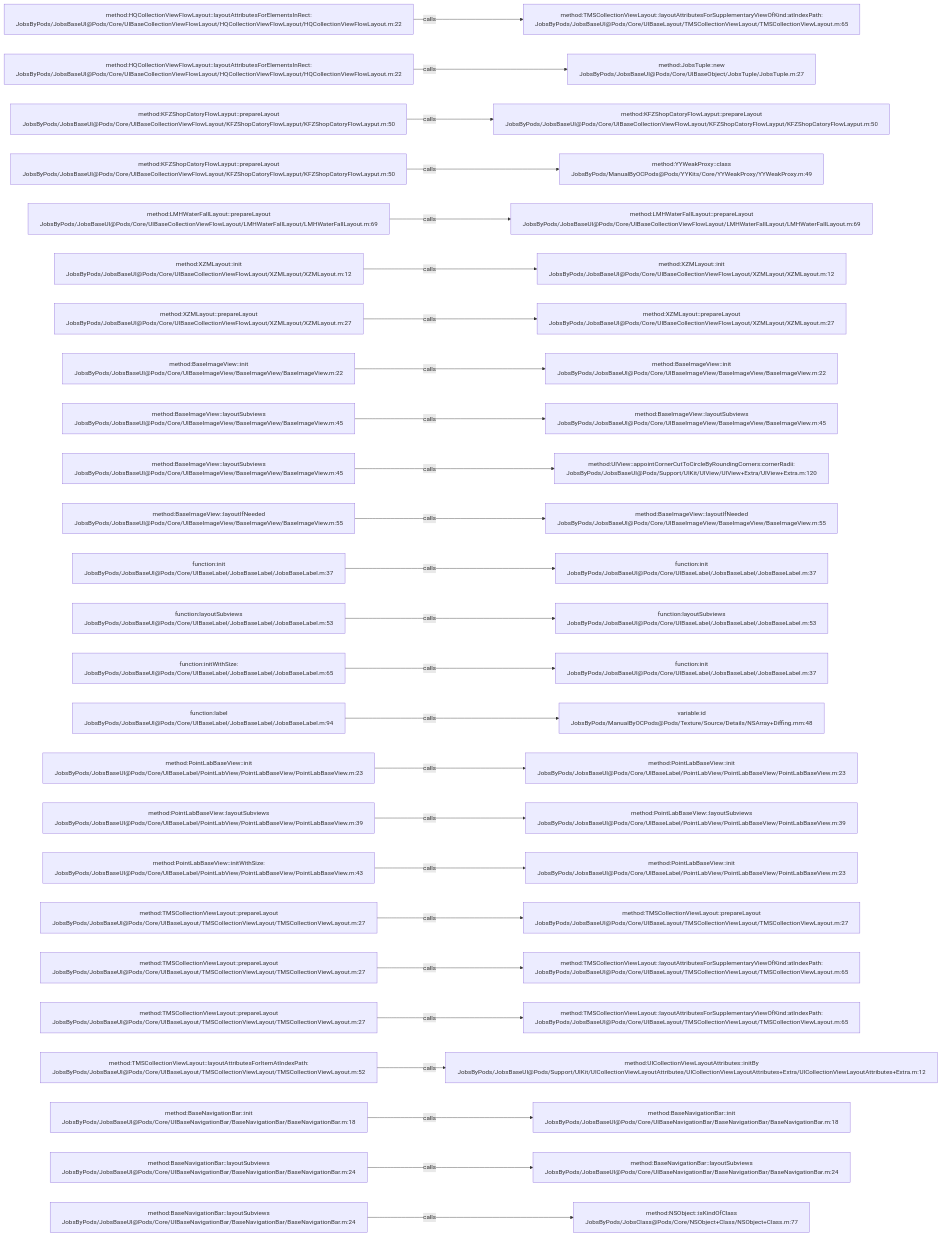
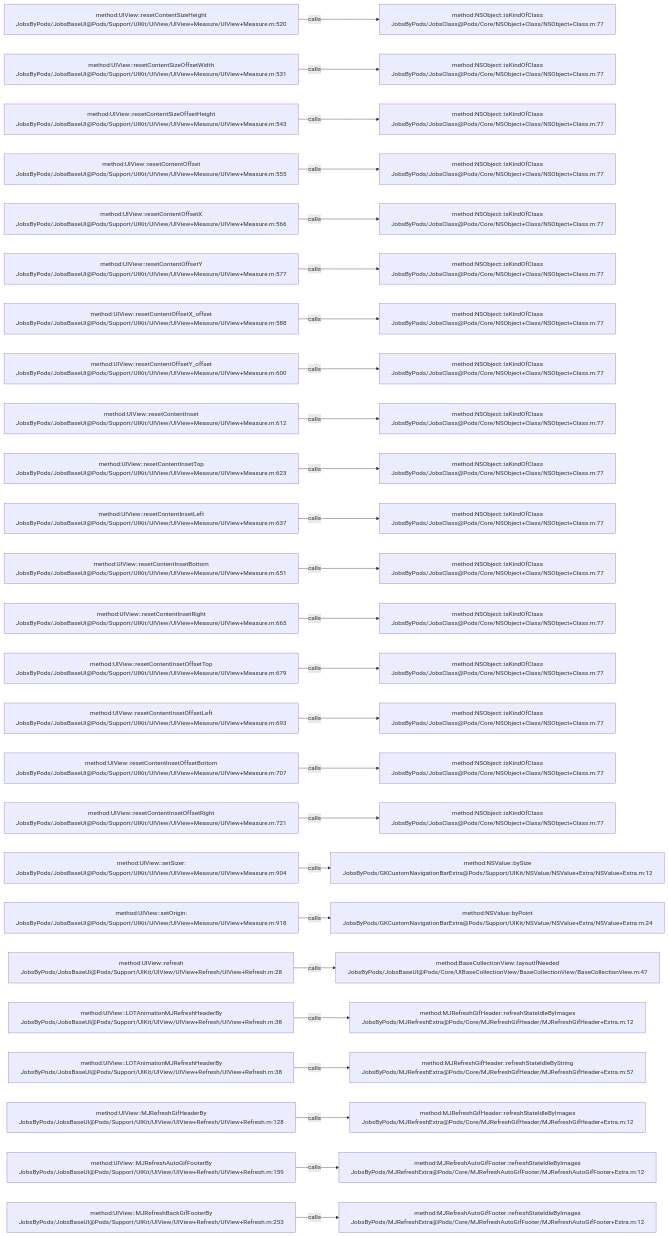
One commit to JobsKits/JobsOCBaseConfigDemo changed the diagram in .codegraph/codegraph.md/graphs/calls-028.md. Above: the diagram before and after it, drawn with Mermaid. The commit also changed 573 other files, not shown here.

````diff
--- a/.codegraph/codegraph.md/graphs/calls-028.md
+++ b/.codegraph/codegraph.md/graphs/calls-028.md
@@ -13,78 +13,78 @@
 ```mermaid
 flowchart LR
-  S1["method:HQCollectionViewFlowLayout::layoutAttributesForElementsInRect:<br/>JobsByPods/JobsBaseUI@Pods/Core/UIBaseCollectionViewFlowLayout/HQCollectionViewFlowLayout/HQCollectionViewFlowLayout.m:22"]
-  T1["method:TMSCollectionViewLayout::layoutAttributesForSupplementaryViewOfKind:atIndexPath:<br/>JobsByPods/JobsBaseUI@Pods/Core/UIBaseLayout/TMSCollectionViewLayout/TMSCollectionViewLayout.m:65"]
+  S1["method:UIView::resetContentSizeHeight<br/>JobsByPods/JobsBaseUI@Pods/Support/UIKit/UIView/UIView+Measure/UIView+Measure.m:520"]
+  T1["method:NSObject::isKindOfClass<br/>JobsByPods/JobsClass@Pods/Core/NSObject+Class/NSObject+Class.m:77"]
   S1 -->|calls| T1
-  S2["method:HQCollectionViewFlowLayout::layoutAttributesForElementsInRect:<br/>JobsByPods/JobsBaseUI@Pods/Core/UIBaseCollectionViewFlowLayout/HQCollectionViewFlowLayout/HQCollectionViewFlowLayout.m:22"]
-  T2["method:JobsTuple::new<br/>JobsByPods/JobsBaseUI@Pods/Core/UIBaseObject/JobsTuple/JobsTuple.m:27"]
+  S2["method:UIView::resetContentSizeOffsetWidth<br/>JobsByPods/JobsBaseUI@Pods/Support/UIKit/UIView/UIView+Measure/UIView+Measure.m:531"]
+  T2["method:NSObject::isKindOfClass<br/>JobsByPods/JobsClass@Pods/Core/NSObject+Class/NSObject+Class.m:77"]
   S2 -->|calls| T2
-  S3["method:KFZShopCatoryFlowLayput::prepareLayout<br/>JobsByPods/JobsBaseUI@Pods/Core/UIBaseCollectionViewFlowLayout/KFZShopCatoryFlowLayput/KFZShopCatoryFlowLayput.m:50"]
-  T3["method:KFZShopCatoryFlowLayput::prepareLayout<br/>JobsByPods/JobsBaseUI@Pods/Core/UIBaseCollectionViewFlowLayout/KFZShopCatoryFlowLayput/KFZShopCatoryFlowLayput.m:50"]
+  S3["method:UIView::resetContentSizeOffsetHeight<br/>JobsByPods/JobsBaseUI@Pods/Support/UIKit/UIView/UIView+Measure/UIView+Measure.m:543"]
+  T3["method:NSObject::isKindOfClass<br/>JobsByPods/JobsClass@Pods/Core/NSObject+Class/NSObject+Class.m:77"]
   S3 -->|calls| T3
-  S4["method:KFZShopCatoryFlowLayput::prepareLayout<br/>JobsByPods/JobsBaseUI@Pods/Core/UIBaseCollectionViewFlowLayout/KFZShopCatoryFlowLayput/KFZShopCatoryFlowLayput.m:50"]
-  T4["method:YYWeakProxy::class<br/>JobsByPods/ManualByOCPods@Pods/YYKits/Core/YYWeakProxy/YYWeakProxy.m:49"]
+  S4["method:UIView::resetContentOffset<br/>JobsByPods/JobsBaseUI@Pods/Support/UIKit/UIView/UIView+Measure/UIView+Measure.m:555"]
+  T4["method:NSObject::isKindOfClass<br/>JobsByPods/JobsClass@Pods/Core/NSObject+Class/NSObject+Class.m:77"]
   S4 -->|calls| T4
-  S5["method:LMHWaterFallLayout::prepareLayout<br/>JobsByPods/JobsBaseUI@Pods/Core/UIBaseCollectionViewFlowLayout/LMHWaterFallLayout/LMHWaterFallLayout.m:69"]
-  T5["method:LMHWaterFallLayout::prepareLayout<br/>JobsByPods/JobsBaseUI@Pods/Core/UIBaseCollectionViewFlowLayout/LMHWaterFallLayout/LMHWaterFallLayout.m:69"]
+  S5["method:UIView::resetContentOffsetX<br/>JobsByPods/JobsBaseUI@Pods/Support/UIKit/UIView/UIView+Measure/UIView+Measure.m:566"]
+  T5["method:NSObject::isKindOfClass<br/>JobsByPods/JobsClass@Pods/Core/NSObject+Class/NSObject+Class.m:77"]
   S5 -->|calls| T5
-  S6["method:XZMLayout::init<br/>JobsByPods/JobsBaseUI@Pods/Core/UIBaseCollectionViewFlowLayout/XZMLayout/XZMLayout.m:12"]
-  T6["method:XZMLayout::init<br/>JobsByPods/JobsBaseUI@Pods/Core/UIBaseCollectionViewFlowLayout/XZMLayout/XZMLayout.m:12"]
+  S6["method:UIView::resetContentOffsetY<br/>JobsByPods/JobsBaseUI@Pods/Support/UIKit/UIView/UIView+Measure/UIView+Measure.m:577"]
+  T6["method:NSObject::isKindOfClass<br/>JobsByPods/JobsClass@Pods/Core/NSObject+Class/NSObject+Class.m:77"]
   S6 -->|calls| T6
-  S7["method:XZMLayout::prepareLayout<br/>JobsByPods/JobsBaseUI@Pods/Core/UIBaseCollectionViewFlowLayout/XZMLayout/XZMLayout.m:27"]
-  T7["method:XZMLayout::prepareLayout<br/>JobsByPods/JobsBaseUI@Pods/Core/UIBaseCollectionViewFlowLayout/XZMLayout/XZMLayout.m:27"]
+  S7["method:UIView::resetContentOffsetX_offset<br/>JobsByPods/JobsBaseUI@Pods/Support/UIKit/UIView/UIView+Measure/UIView+Measure.m:588"]
+  T7["method:NSObject::isKindOfClass<br/>JobsByPods/JobsClass@Pods/Core/NSObject+Class/NSObject+Class.m:77"]
   S7 -->|calls| T7
-  S8["method:BaseImageView::init<br/>JobsByPods/JobsBaseUI@Pods/Core/UIBaseImageView/BaseImageView/BaseImageView.m:22"]
-  T8["method:BaseImageView::init<br/>JobsByPods/JobsBaseUI@Pods/Core/UIBaseImageView/BaseImageView/BaseImageView.m:22"]
+  S8["method:UIView::resetContentOffsetY_offset<br/>JobsByPods/JobsBaseUI@Pods/Support/UIKit/UIView/UIView+Measure/UIView+Measure.m:600"]
+  T8["method:NSObject::isKindOfClass<br/>JobsByPods/JobsClass@Pods/Core/NSObject+Class/NSObject+Class.m:77"]
   S8 -->|calls| T8
-  S9["method:BaseImageView::layoutSubviews<br/>JobsByPods/JobsBaseUI@Pods/Core/UIBaseImageView/BaseImageView/BaseImageView.m:45"]
-  T9["method:BaseImageView::layoutSubviews<br/>JobsByPods/JobsBaseUI@Pods/Core/UIBaseImageView/BaseImageView/BaseImageView.m:45"]
+  S9["method:UIView::resetContentInset<br/>JobsByPods/JobsBaseUI@Pods/Support/UIKit/UIView/UIView+Measure/UIView+Measure.m:612"]
+  T9["method:NSObject::isKindOfClass<br/>JobsByPods/JobsClass@Pods/Core/NSObject+Class/NSObject+Class.m:77"]
   S9 -->|calls| T9
-  S10["method:BaseImageView::layoutSubviews<br/>JobsByPods/JobsBaseUI@Pods/Core/UIBaseImageView/BaseImageView/BaseImageView.m:45"]
-  T10["method:UIView::appointCornerCutToCircleByRoundingCorners:cornerRadii:<br/>JobsByPods/JobsBaseUI@Pods/Support/UIKit/UIView/UIView+Extra/UIView+Extra.m:120"]
+  S10["method:UIView::resetContentInsetTop<br/>JobsByPods/JobsBaseUI@Pods/Support/UIKit/UIView/UIView+Measure/UIView+Measure.m:623"]
+  T10["method:NSObject::isKindOfClass<br/>JobsByPods/JobsClass@Pods/Core/NSObject+Class/NSObject+Class.m:77"]
   S10 -->|calls| T10
-  S11["method:BaseImageView::layoutIfNeeded<br/>JobsByPods/JobsBaseUI@Pods/Core/UIBaseImageView/BaseImageView/BaseImageView.m:55"]
-  T11["method:BaseImageView::layoutIfNeeded<br/>JobsByPods/JobsBaseUI@Pods/Core/UIBaseImageView/BaseImageView/BaseImageView.m:55"]
+  S11["method:UIView::resetContentInsetLeft<br/>JobsByPods/JobsBaseUI@Pods/Support/UIKit/UIView/UIView+Measure/UIView+Measure.m:637"]
+  T11["method:NSObject::isKindOfClass<br/>JobsByPods/JobsClass@Pods/Core/NSObject+Class/NSObject+Class.m:77"]
   S11 -->|calls| T11
-  S12["function:init<br/>JobsByPods/JobsBaseUI@Pods/Core/UIBaseLabel/JobsBaseLabel/JobsBaseLabel.m:37"]
-  T12["function:init<br/>JobsByPods/JobsBaseUI@Pods/Core/UIBaseLabel/JobsBaseLabel/JobsBaseLabel.m:37"]
+  S12["method:UIView::resetContentInsetBottom<br/>JobsByPods/JobsBaseUI@Pods/Support/UIKit/UIView/UIView+Measure/UIView+Measure.m:651"]
+  T12["method:NSObject::isKindOfClass<br/>JobsByPods/JobsClass@Pods/Core/NSObject+Class/NSObject+Class.m:77"]
   S12 -->|calls| T12
-  S13["function:layoutSubviews<br/>JobsByPods/JobsBaseUI@Pods/Core/UIBaseLabel/JobsBaseLabel/JobsBaseLabel.m:53"]
-  T13["function:layoutSubviews<br/>JobsByPods/JobsBaseUI@Pods/Core/UIBaseLabel/JobsBaseLabel/JobsBaseLabel.m:53"]
+  S13["method:UIView::resetContentInsetRight<br/>JobsByPods/JobsBaseUI@Pods/Support/UIKit/UIView/UIView+Measure/UIView+Measure.m:665"]
+  T13["method:NSObject::isKindOfClass<br/>JobsByPods/JobsClass@Pods/Core/NSObject+Class/NSObject+Class.m:77"]
   S13 -->|calls| T13
-  S14["function:initWithSize:<br/>JobsByPods/JobsBaseUI@Pods/Core/UIBaseLabel/JobsBaseLabel/JobsBaseLabel.m:65"]
-  T14["function:init<br/>JobsByPods/JobsBaseUI@Pods/Core/UIBaseLabel/JobsBaseLabel/JobsBaseLabel.m:37"]
+  S14["method:UIView::resetContentInsetOffsetTop<br/>JobsByPods/JobsBaseUI@Pods/Support/UIKit/UIView/UIView+Measure/UIView+Measure.m:679"]
+  T14["method:NSObject::isKindOfClass<br/>JobsByPods/JobsClass@Pods/Core/NSObject+Class/NSObject+Class.m:77"]
   S14 -->|calls| T14
-  S15["function:label<br/>JobsByPods/JobsBaseUI@Pods/Core/UIBaseLabel/JobsBaseLabel/JobsBaseLabel.m:94"]
-  T15["variable:id<br/>JobsByPods/ManualByOCPods@Pods/Texture/Source/Details/NSArray+Diffing.mm:48"]
+  S15["method:UIView::resetContentInsetOffsetLeft<br/>JobsByPods/JobsBaseUI@Pods/Support/UIKit/UIView/UIView+Measure/UIView+Measure.m:693"]
+  T15["method:NSObject::isKindOfClass<br/>JobsByPods/JobsClass@Pods/Core/NSObject+Class/NSObject+Class.m:77"]
   S15 -->|calls| T15
-  S16["method:PointLabBaseView::init<br/>JobsByPods/JobsBaseUI@Pods/Core/UIBaseLabel/PointLabView/PointLabBaseView/PointLabBaseView.m:23"]
-  T16["method:PointLabBaseView::init<br/>JobsByPods/JobsBaseUI@Pods/Core/UIBaseLabel/PointLabView/PointLabBaseView/PointLabBaseView.m:23"]
+  S16["method:UIView::resetContentInsetOffsetBottom<br/>JobsByPods/JobsBaseUI@Pods/Support/UIKit/UIView/UIView+Measure/UIView+Measure.m:707"]
+  T16["method:NSObject::isKindOfClass<br/>JobsByPods/JobsClass@Pods/Core/NSObject+Class/NSObject+Class.m:77"]
   S16 -->|calls| T16
-  S17["method:PointLabBaseView::layoutSubviews<br/>JobsByPods/JobsBaseUI@Pods/Core/UIBaseLabel/PointLabView/PointLabBaseView/PointLabBaseView.m:39"]
-  T17["method:PointLabBaseView::layoutSubviews<br/>JobsByPods/JobsBaseUI@Pods/Core/UIBaseLabel/PointLabView/PointLabBaseView/PointLabBaseView.m:39"]
+  S17["method:UIView::resetContentInsetOffsetRight<br/>JobsByPods/JobsBaseUI@Pods/Support/UIKit/UIView/UIView+Measure/UIView+Measure.m:721"]
+  T17["method:NSObject::isKindOfClass<br/>JobsByPods/JobsClass@Pods/Core/NSObject+Class/NSObject+Class.m:77"]
   S17 -->|calls| T17
-  S18["method:PointLabBaseView::initWithSize:<br/>JobsByPods/JobsBaseUI@Pods/Core/UIBaseLabel/PointLabView/PointLabBaseView/PointLabBaseView.m:43"]
-  T18["method:PointLabBaseView::init<br/>JobsByPods/JobsBaseUI@Pods/Core/UIBaseLabel/PointLabView/PointLabBaseView/PointLabBaseView.m:23"]
+  S18["method:UIView::setSizer:<br/>JobsByPods/JobsBaseUI@Pods/Support/UIKit/UIView/UIView+Measure/UIView+Measure.m:904"]
+  T18["method:NSValue::bySize<br/>JobsByPods/GKCustomNavigationBarExtra@Pods/Support/UIKit/NSValue/NSValue+Extra/NSValue+Extra.m:12"]
   S18 -->|calls| T18
-  S19["method:TMSCollectionViewLayout::prepareLayout<br/>JobsByPods/JobsBaseUI@Pods/Core/UIBaseLayout/TMSCollectionViewLayout/TMSCollectionViewLayout.m:27"]
-  T19["method:TMSCollectionViewLayout::prepareLayout<br/>JobsByPods/JobsBaseUI@Pods/Core/UIBaseLayout/TMSCollectionViewLayout/TMSCollectionViewLayout.m:27"]
+  S19["method:UIView::setOrigin:<br/>JobsByPods/JobsBaseUI@Pods/Support/UIKit/UIView/UIView+Measure/UIView+Measure.m:918"]
+  T19["method:NSValue::byPoint<br/>JobsByPods/GKCustomNavigationBarExtra@Pods/Support/UIKit/NSValue/NSValue+Extra/NSValue+Extra.m:24"]
   S19 -->|calls| T19
-  S20["method:TMSCollectionViewLayout::prepareLayout<br/>JobsByPods/JobsBaseUI@Pods/Core/UIBaseLayout/TMSCollectionViewLayout/TMSCollectionViewLayout.m:27"]
-  T20["method:TMSCollectionViewLayout::layoutAttributesForSupplementaryViewOfKind:atIndexPath:<br/>JobsByPods/JobsBaseUI@Pods/Core/UIBaseLayout/TMSCollectionViewLayout/TMSCollectionViewLayout.m:65"]
+  S20["method:UIView::refresh<br/>JobsByPods/JobsBaseUI@Pods/Support/UIKit/UIView/UIView+Refresh/UIView+Refresh.m:28"]
+  T20["method:BaseCollectionView::layoutIfNeeded<br/>JobsByPods/JobsBaseUI@Pods/Core/UIBaseCollectionView/BaseCollectionView/BaseCollectionView.m:47"]
   S20 -->|calls| T20
-  S21["method:TMSCollectionViewLayout::prepareLayout<br/>JobsByPods/JobsBaseUI@Pods/Core/UIBaseLayout/TMSCollectionViewLayout/TMSCollectionViewLayout.m:27"]
-  T21["method:TMSCollectionViewLayout::layoutAttributesForSupplementaryViewOfKind:atIndexPath:<br/>JobsByPods/JobsBaseUI@Pods/Core/UIBaseLayout/TMSCollectionViewLayout/TMSCollectionViewLayout.m:65"]
+  S21["method:UIView::LOTAnimationMJRefreshHeaderBy<br/>JobsByPods/JobsBaseUI@Pods/Support/UIKit/UIView/UIView+Refresh/UIView+Refresh.m:38"]
+  T21["method:MJRefreshGifHeader::refreshStateIdleByImages<br/>JobsByPods/MJRefreshExtra@Pods/Core/MJRefreshGifHeader/MJRefreshGifHeader+Extra.m:12"]
   S21 -->|calls| T21
-  S22["method:TMSCollectionViewLayout::layoutAttributesForItemAtIndexPath:<br/>JobsByPods/JobsBaseUI@Pods/Core/UIBaseLayout/TMSCollectionViewLayout/TMSCollectionViewLayout.m:52"]
-  T22["method:UICollectionViewLayoutAttributes::initBy<br/>JobsByPods/JobsBaseUI@Pods/Support/UIKit/UICollectionViewLayoutAttributes/UICollectionViewLayoutAttributes+Extra/UICollectionViewLayoutAttributes+Extra.m:12"]
+  S22["method:UIView::LOTAnimationMJRefreshHeaderBy<br/>JobsByPods/JobsBaseUI@Pods/Support/UIKit/UIView/UIView+Refresh/UIView+Refresh.m:38"]
+  T22["method:MJRefreshGifHeader::refreshStateIdleByString<br/>JobsByPods/MJRefreshExtra@Pods/Core/MJRefreshGifHeader/MJRefreshGifHeader+Extra.m:57"]
   S22 -->|calls| T22
-  S23["method:BaseNavigationBar::init<br/>JobsByPods/JobsBaseUI@Pods/Core/UIBaseNavigationBar/BaseNavigationBar/BaseNavigationBar.m:18"]
-  T23["method:BaseNavigationBar::init<br/>JobsByPods/JobsBaseUI@Pods/Core/UIBaseNavigationBar/BaseNavigationBar/BaseNavigationBar.m:18"]
+  S23["method:UIView::MJRefreshGifHeaderBy<br/>JobsByPods/JobsBaseUI@Pods/Support/UIKit/UIView/UIView+Refresh/UIView+Refresh.m:128"]
+  T23["method:MJRefreshGifHeader::refreshStateIdleByImages<br/>JobsByPods/MJRefreshExtra@Pods/Core/MJRefreshGifHeader/MJRefreshGifHeader+Extra.m:12"]
   S23 -->|calls| T23
-  S24["method:BaseNavigationBar::layoutSubviews<br/>JobsByPods/JobsBaseUI@Pods/Core/UIBaseNavigationBar/BaseNavigationBar/BaseNavigationBar.m:24"]
-  T24["method:BaseNavigationBar::layoutSubviews<br/>JobsByPods/JobsBaseUI@Pods/Core/UIBaseNavigationBar/BaseNavigationBar/BaseNavigationBar.m:24"]
+  S24["method:UIView::MJRefreshAutoGifFooterBy<br/>JobsByPods/JobsBaseUI@Pods/Support/UIKit/UIView/UIView+Refresh/UIView+Refresh.m:159"]
+  T24["method:MJRefreshAutoGifFooter::refreshStateIdleByImages<br/>JobsByPods/MJRefreshExtra@Pods/Core/MJRefreshAutoGifFooter/MJRefreshAutoGifFooter+Extra.m:12"]
   S24 -->|calls| T24
-  S25["method:BaseNavigationBar::layoutSubviews<br/>JobsByPods/JobsBaseUI@Pods/Core/UIBaseNavigationBar/BaseNavigationBar/BaseNavigationBar.m:24"]
-  T25["method:NSObject::isKindOfClass<br/>JobsByPods/JobsClass@Pods/Core/NSObject+Class/NSObject+Class.m:77"]
+  S25["method:UIView::MJRefreshBackGifFooterBy<br/>JobsByPods/JobsBaseUI@Pods/Support/UIKit/UIView/UIView+Refresh/UIView+Refresh.m:253"]
+  T25["method:MJRefreshAutoGifFooter::refreshStateIdleByImages<br/>JobsByPods/MJRefreshExtra@Pods/Core/MJRefreshAutoGifFooter/MJRefreshAutoGifFooter+Extra.m:12"]
   S25 -->|calls| T25
 ```
````
